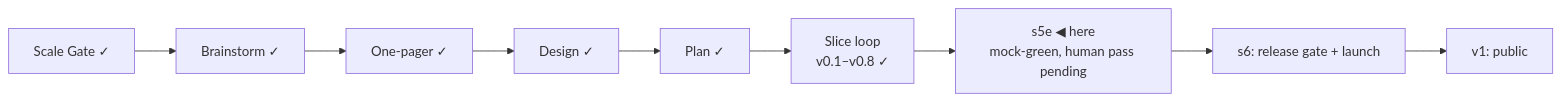
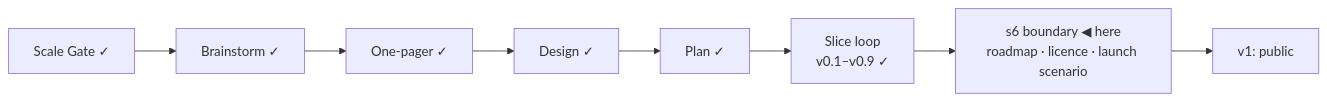
The diagram in STATUS.md (OytunOnal/permit-rulebook), drawn with Mermaid before and after one commit. The commit also changed other lines of this file, not shown here.

Commit message:
STATUS: v0.9; s6 boundary open

````diff
--- a/STATUS.md
+++ b/STATUS.md
@@ -11,8 +10,7 @@
 ```mermaid
 flowchart LR
     A[Scale Gate ✓] --> B[Brainstorm ✓] --> C[One-pager ✓] --> D[Design ✓] --> E[Plan ✓]
-    E --> F["Slice loop<br/>v0.1–v0.8 ✓"]
-    F --> G["s5e ◀ here<br/>mock-green, human pass pending"]
-    G --> H[s6: release gate + launch]
-    H --> I[v1: public]
+    E --> F["Slice loop<br/>v0.1–v0.9 ✓"]
+    F --> G["s6 boundary ◀ here<br/>roadmap · licence · launch scenario"]
+    G --> H[v1: public]
 ```
````
